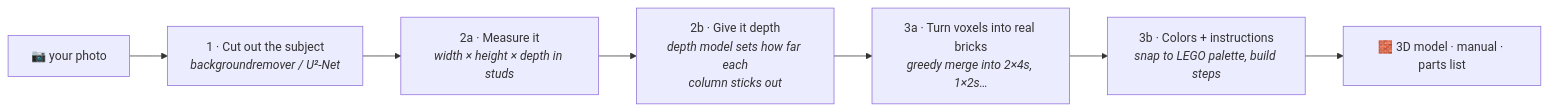
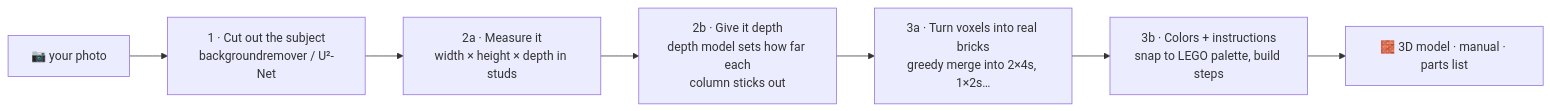
Before and after one commit to chrisarg311/bricklab: the first of 2 diagrams in README.md, drawn with Mermaid. The commit also changed other lines of this file, not shown here.

First line of the commit message:
Expand README layout into an annotated tree and a connection diagram

````diff
--- a/README.md
+++ b/README.md
@@ -19,9 +19,9 @@
 ```mermaid
 flowchart LR
-    IMG["📷 your photo"] --> SUB["1 · Cut out the subject<br/><i>backgroundremover / U²-Net</i>"]
-    SUB --> DIM["2a · Measure it<br/><i>width × height × depth in studs</i>"]
-    DIM --> REL["2b · Give it depth<br/><i>depth model sets how far each<br/>column sticks out</i>"]
-    REL --> BRK["3a · Turn voxels into real bricks<br/><i>greedy merge into 2×4s, 1×2s…</i>"]
-    BRK --> INS["3b · Colors + instructions<br/><i>snap to LEGO palette, build steps</i>"]
+    IMG["📷 your photo"] --> SUB["1 · Cut out the subject<br/>backgroundremover / U²-Net"]
+    SUB --> DIM["2a · Measure it<br/>width × height × depth in studs"]
+    DIM --> REL["2b · Give it depth<br/>depth model sets how far each<br/>column sticks out"]
+    REL --> BRK["3a · Turn voxels into real bricks<br/>greedy merge into 2×4s, 1×2s…"]
+    BRK --> INS["3b · Colors + instructions<br/>snap to LEGO palette, build steps"]
     INS --> OUT["🧱 3D model · manual · parts list"]
 ```
````
